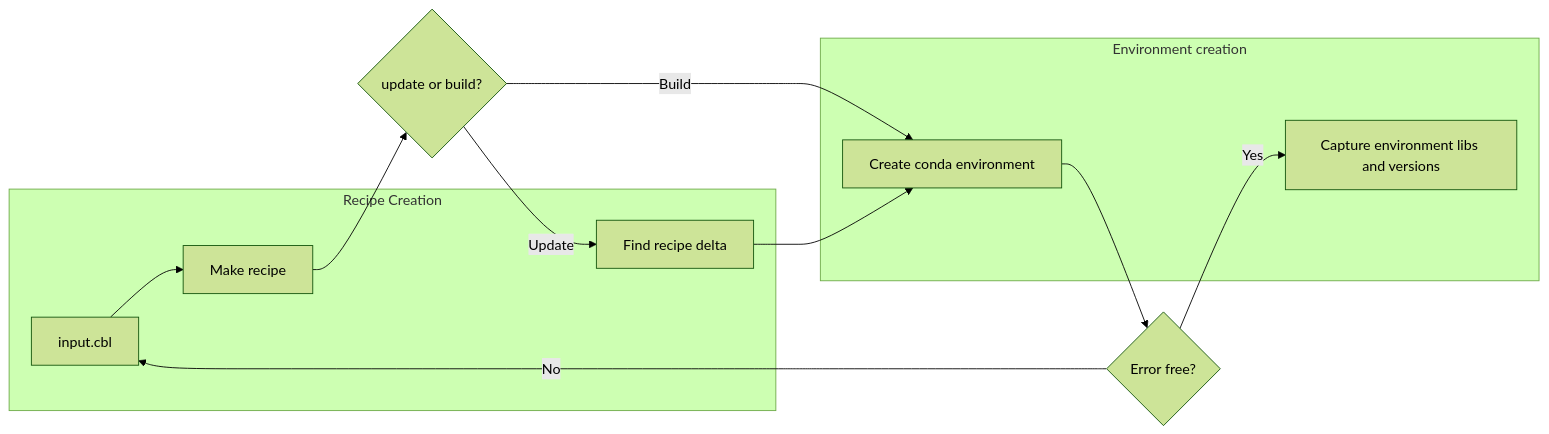
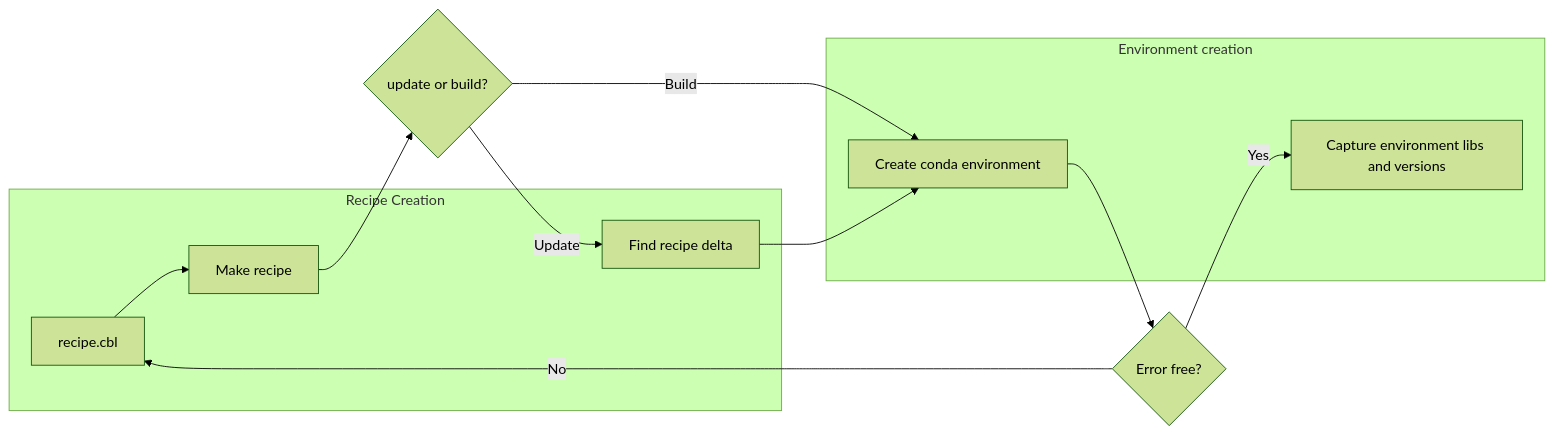
One commit to coble-tools/coble changed the diagram in docs/overview.md. Above: the diagram before and after it, drawn with Mermaid (forest theme). The commit also changed other lines of this file and 1 other file, not shown here.

Commit message:
type for cbl

````diff
--- a/docs/overview.md
+++ b/docs/overview.md
@@ -7,20 +7,20 @@
 ```mermaid
 flowchart LR
 	subgraph "Recipe Creation"
-	    INP[input.cbl]
+	    INP[recipe.cbl]
 		REC[Make recipe]
 		DLT[Find recipe delta]
 	end
 	subgraph "Environment creation"
         CRE[Create conda environment]		
 		CAP[Capture environment libs and versions]	
 	end
 	INP --> REC
 	REC --> UPD_BLD{update or build?}
 	UPD_BLD -- Update --> DLT
 	UPD_BLD -- Build --> CRE
 	DLT --> CRE	
 	CRE --> ERR{Error free?}
 	ERR -- No --> INP
 	ERR -- Yes --> CAP
 ```
````
